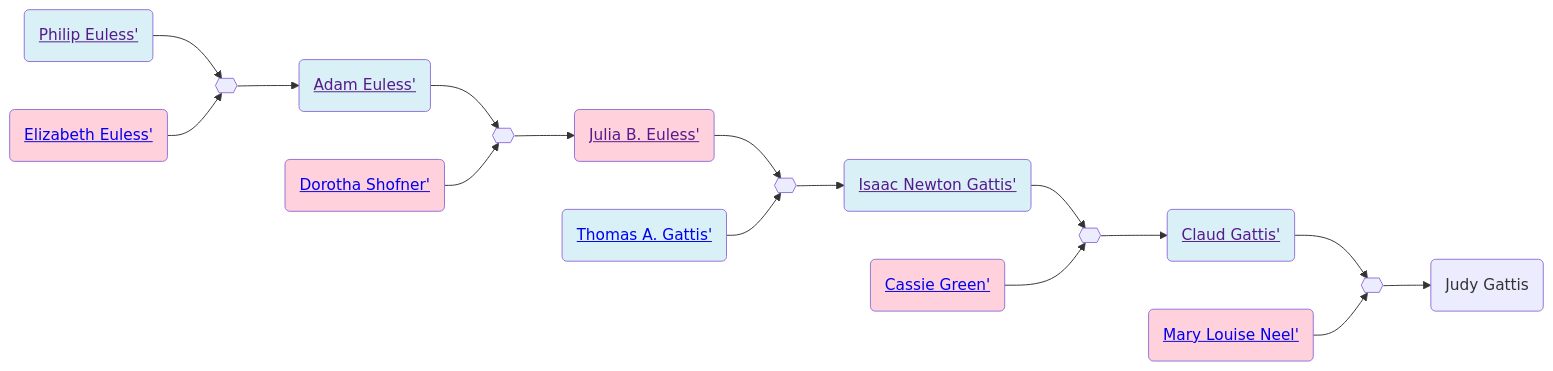
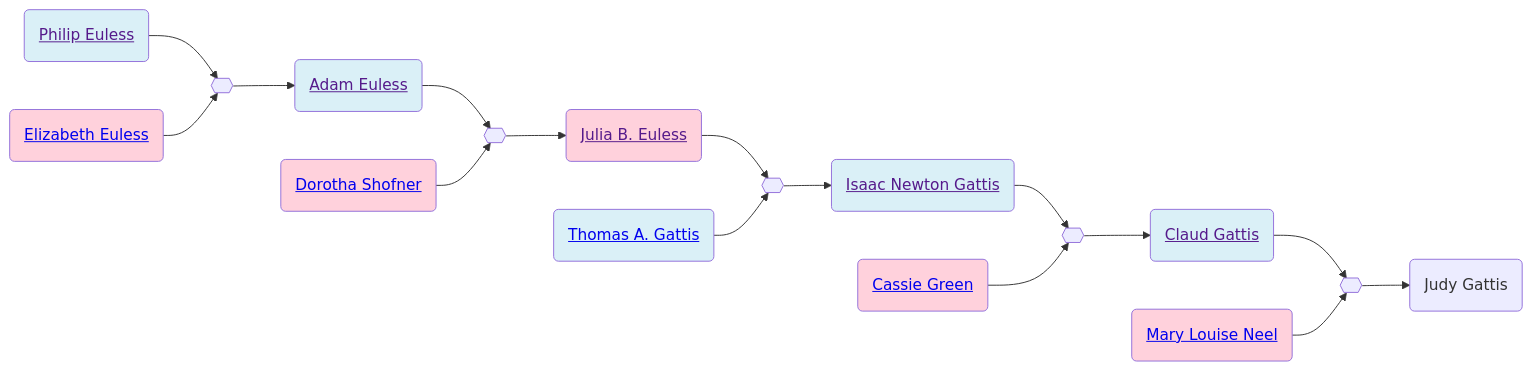
Before and after one commit to neelsmith/avocational: the diagram in familyhistory/sources/people/Gattis-line/Euless-line/Philip_Euless.qmd, drawn with Mermaid. The commit also changed 96 other files, not shown here.

````diff
--- a/familyhistory/sources/people/Gattis-line/Euless-line/Philip_Euless.qmd
+++ b/familyhistory/sources/people/Gattis-line/Euless-line/Philip_Euless.qmd
@@ -26,38 +26,38 @@
 ```{mermaid}
 graph LR
 %% LR descendant diagram
 class Philip_Euless_and_Elizabeth_Euless marriage
-Philip_Euless(<a href=''>Philip Euless'</>) --> Philip_Euless_and_Elizabeth_Euless{{ }}
-Elizabeth_Euless(<a href='./Elizabeth_Euless.html'>Elizabeth Euless'</>) --> Philip_Euless_and_Elizabeth_Euless{{ }}
+Philip_Euless(<a href=''>Philip Euless</a>) --> Philip_Euless_and_Elizabeth_Euless{{ }}
+Elizabeth_Euless(<a href='./Elizabeth_Euless.html'>Elizabeth Euless</a>) --> Philip_Euless_and_Elizabeth_Euless{{ }}
 class Philip_Euless father
 class Elizabeth_Euless mother
-Philip_Euless_and_Elizabeth_Euless{{ }} --> Adam_Euless(<a href='./Adam_Euless.html'>Adam Euless'</>)
+Philip_Euless_and_Elizabeth_Euless{{ }} --> Adam_Euless(<a href='./Adam_Euless.html'>Adam Euless</a>)
 class Adam_Euless_and_Dorotha_Shofner marriage
-Adam_Euless(<a href=''>Adam Euless'</>) --> Adam_Euless_and_Dorotha_Shofner{{ }}
-Dorotha_Shofner(<a href='./Dorotha_Shofner.html'>Dorotha Shofner'</>) --> Adam_Euless_and_Dorotha_Shofner{{ }}
+Adam_Euless(<a href=''>Adam Euless</a>) --> Adam_Euless_and_Dorotha_Shofner{{ }}
+Dorotha_Shofner(<a href='./Dorotha_Shofner.html'>Dorotha Shofner</a>) --> Adam_Euless_and_Dorotha_Shofner{{ }}
 class Adam_Euless father
 class Dorotha_Shofner mother
-Adam_Euless_and_Dorotha_Shofner{{ }} --> Julia_B._Euless(<a href='./Julia_B._Euless.html'>Julia B. Euless'</>)
+Adam_Euless_and_Dorotha_Shofner{{ }} --> Julia_B._Euless(<a href='./Julia_B._Euless.html'>Julia B. Euless</a>)
 class Julia_B._Euless_and_Thomas_A._Gattis marriage
-Julia_B._Euless(<a href=''>Julia B. Euless'</>) --> Julia_B._Euless_and_Thomas_A._Gattis{{ }}
-Thomas_A._Gattis(<a href='./../Thomas_A._Gattis.html'>Thomas A. Gattis'</>) --> Julia_B._Euless_and_Thomas_A._Gattis{{ }}
+Julia_B._Euless(<a href=''>Julia B. Euless</a>) --> Julia_B._Euless_and_Thomas_A._Gattis{{ }}
+Thomas_A._Gattis(<a href='./../Thomas_A._Gattis.html'>Thomas A. Gattis</a>) --> Julia_B._Euless_and_Thomas_A._Gattis{{ }}
 class Thomas_A._Gattis father
 class Julia_B._Euless mother
-Julia_B._Euless_and_Thomas_A._Gattis{{ }} --> Isaac_Newton_Gattis(<a href='./../Isaac_Newton_Gattis.html'>Isaac Newton Gattis'</>)
+Julia_B._Euless_and_Thomas_A._Gattis{{ }} --> Isaac_Newton_Gattis(<a href='./../Isaac_Newton_Gattis.html'>Isaac Newton Gattis</a>)
 class Isaac_Newton_Gattis_and_Cassie_Green marriage
-Isaac_Newton_Gattis(<a href=''>Isaac Newton Gattis'</>) --> Isaac_Newton_Gattis_and_Cassie_Green{{ }}
-Cassie_Green(<a href='./Green-line/Cassie_Green.html'>Cassie Green'</>) --> Isaac_Newton_Gattis_and_Cassie_Green{{ }}
+Isaac_Newton_Gattis(<a href=''>Isaac Newton Gattis</a>) --> Isaac_Newton_Gattis_and_Cassie_Green{{ }}
+Cassie_Green(<a href='./Green-line/Cassie_Green.html'>Cassie Green</a>) --> Isaac_Newton_Gattis_and_Cassie_Green{{ }}
 class Isaac_Newton_Gattis father
 class Cassie_Green mother
-Isaac_Newton_Gattis_and_Cassie_Green{{ }} --> Claud_Gattis(<a href='./Claud_Gattis.html'>Claud Gattis'</>)
+Isaac_Newton_Gattis_and_Cassie_Green{{ }} --> Claud_Gattis(<a href='./Claud_Gattis.html'>Claud Gattis</a>)
 class Claud_Gattis_and_Mary_Louise_Neel marriage
-Claud_Gattis(<a href=''>Claud Gattis'</>) --> Claud_Gattis_and_Mary_Louise_Neel{{ }}
-Mary_Louise_Neel(<a href='./../Neel-line/Mary_Louise_Neel.html'>Mary Louise Neel'</>) --> Claud_Gattis_and_Mary_Louise_Neel{{ }}
+Claud_Gattis(<a href=''>Claud Gattis</a>) --> Claud_Gattis_and_Mary_Louise_Neel{{ }}
+Mary_Louise_Neel(<a href='./../Neel-line/Mary_Louise_Neel.html'>Mary Louise Neel</a>) --> Claud_Gattis_and_Mary_Louise_Neel{{ }}
 class Claud_Gattis father
 class Mary_Louise_Neel mother
 Claud_Gattis_and_Mary_Louise_Neel{{ }} --> Judy_Gattis(Judy Gattis)
 classDef mother fill:#ffd1dc
 classDef father fill:#daf0f7  
 classDef marriage fill:#ffffff
 
 ```
````
